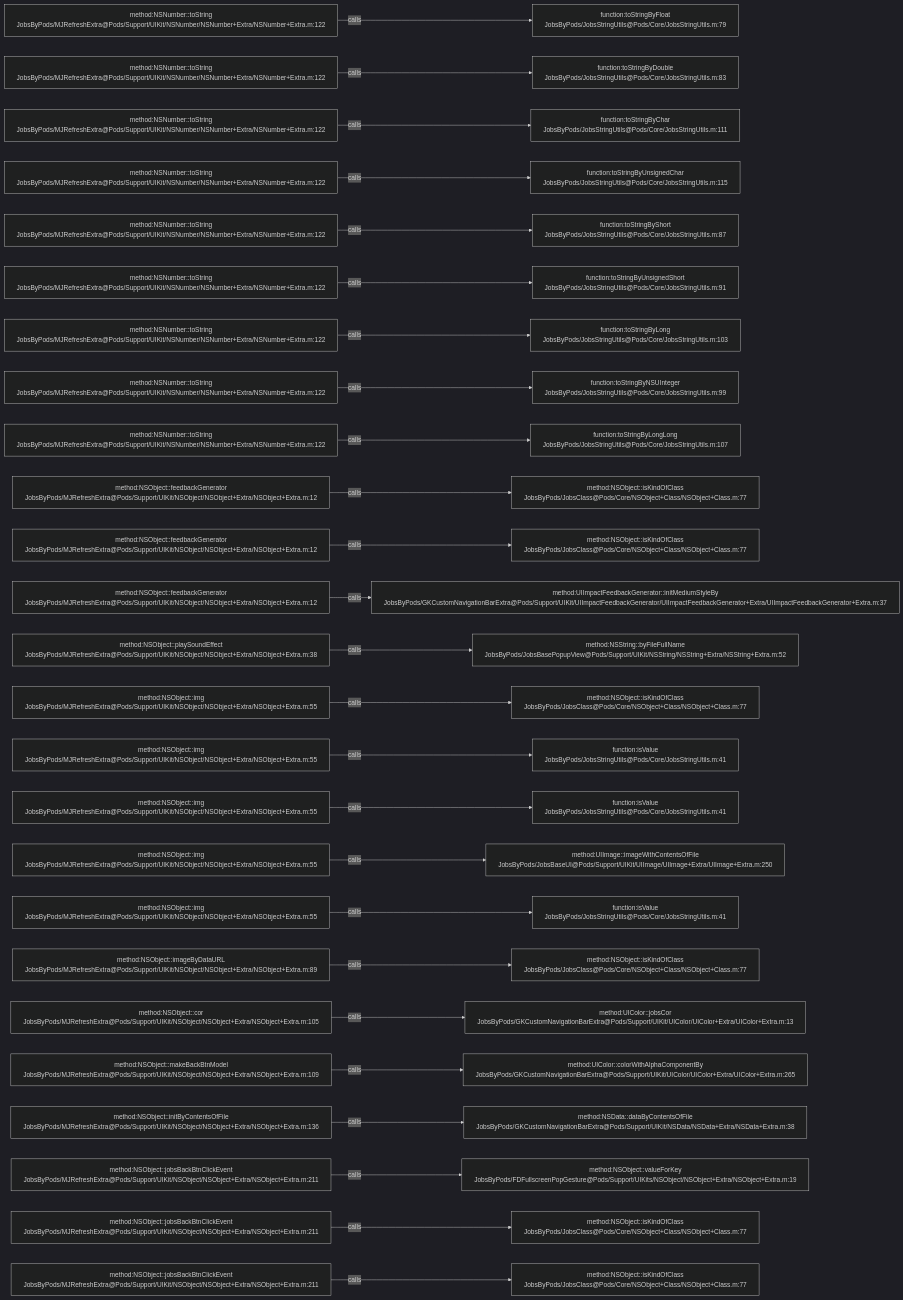
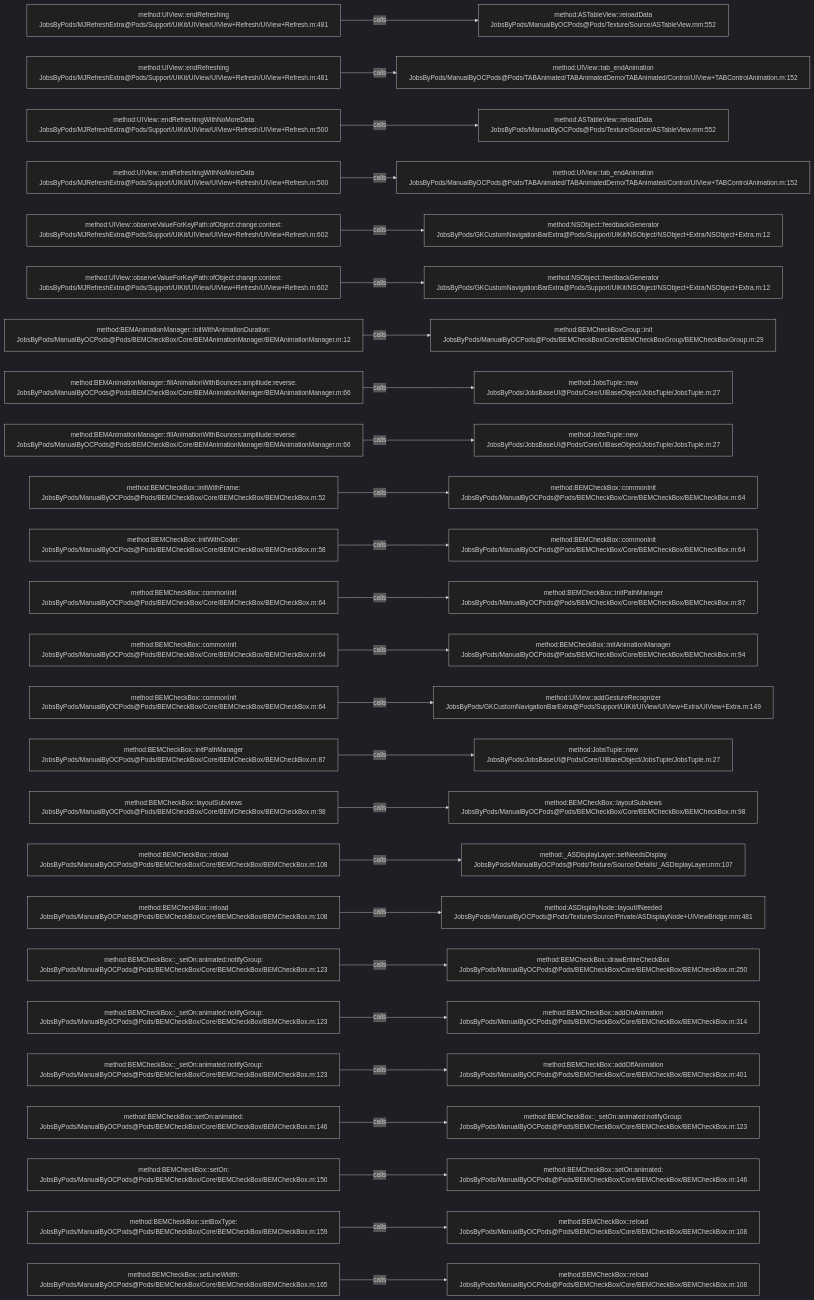
The diagram in .codegraph/codegraph.md/graphs/calls-176.md (JobsKits/JobsOCBaseConfigDemo), drawn with Mermaid (dark theme) before and after one commit. The commit also changed 639 other files, not shown here.

````diff
--- a/.codegraph/codegraph.md/graphs/calls-176.md
+++ b/.codegraph/codegraph.md/graphs/calls-176.md
@@ -13,78 +13,78 @@
 ```mermaid
 flowchart LR
-  S1["method:NSNumber::toString<br/>JobsByPods/MJRefreshExtra@Pods/Support/UIKit/NSNumber/NSNumber+Extra/NSNumber+Extra.m:122"]
-  T1["function:toStringByFloat<br/>JobsByPods/JobsStringUtils@Pods/Core/JobsStringUtils.m:79"]
+  S1["method:UIView::endRefreshing<br/>JobsByPods/MJRefreshExtra@Pods/Support/UIKit/UIView/UIView+Refresh/UIView+Refresh.m:481"]
+  T1["method:ASTableView::reloadData<br/>JobsByPods/ManualByOCPods@Pods/Texture/Source/ASTableView.mm:552"]
   S1 -->|calls| T1
-  S2["method:NSNumber::toString<br/>JobsByPods/MJRefreshExtra@Pods/Support/UIKit/NSNumber/NSNumber+Extra/NSNumber+Extra.m:122"]
-  T2["function:toStringByDouble<br/>JobsByPods/JobsStringUtils@Pods/Core/JobsStringUtils.m:83"]
+  S2["method:UIView::endRefreshing<br/>JobsByPods/MJRefreshExtra@Pods/Support/UIKit/UIView/UIView+Refresh/UIView+Refresh.m:481"]
+  T2["method:UIView::tab_endAnimation<br/>JobsByPods/ManualByOCPods@Pods/TABAnimated/TABAnimatedDemo/TABAnimated/Control/UIView+TABControlAnimation.m:152"]
   S2 -->|calls| T2
-  S3["method:NSNumber::toString<br/>JobsByPods/MJRefreshExtra@Pods/Support/UIKit/NSNumber/NSNumber+Extra/NSNumber+Extra.m:122"]
-  T3["function:toStringByChar<br/>JobsByPods/JobsStringUtils@Pods/Core/JobsStringUtils.m:111"]
+  S3["method:UIView::endRefreshingWithNoMoreData<br/>JobsByPods/MJRefreshExtra@Pods/Support/UIKit/UIView/UIView+Refresh/UIView+Refresh.m:500"]
+  T3["method:ASTableView::reloadData<br/>JobsByPods/ManualByOCPods@Pods/Texture/Source/ASTableView.mm:552"]
   S3 -->|calls| T3
-  S4["method:NSNumber::toString<br/>JobsByPods/MJRefreshExtra@Pods/Support/UIKit/NSNumber/NSNumber+Extra/NSNumber+Extra.m:122"]
-  T4["function:toStringByUnsignedChar<br/>JobsByPods/JobsStringUtils@Pods/Core/JobsStringUtils.m:115"]
+  S4["method:UIView::endRefreshingWithNoMoreData<br/>JobsByPods/MJRefreshExtra@Pods/Support/UIKit/UIView/UIView+Refresh/UIView+Refresh.m:500"]
+  T4["method:UIView::tab_endAnimation<br/>JobsByPods/ManualByOCPods@Pods/TABAnimated/TABAnimatedDemo/TABAnimated/Control/UIView+TABControlAnimation.m:152"]
   S4 -->|calls| T4
-  S5["method:NSNumber::toString<br/>JobsByPods/MJRefreshExtra@Pods/Support/UIKit/NSNumber/NSNumber+Extra/NSNumber+Extra.m:122"]
-  T5["function:toStringByShort<br/>JobsByPods/JobsStringUtils@Pods/Core/JobsStringUtils.m:87"]
+  S5["method:UIView::observeValueForKeyPath:ofObject:change:context:<br/>JobsByPods/MJRefreshExtra@Pods/Support/UIKit/UIView/UIView+Refresh/UIView+Refresh.m:602"]
+  T5["method:NSObject::feedbackGenerator<br/>JobsByPods/GKCustomNavigationBarExtra@Pods/Support/UIKit/NSObject/NSObject+Extra/NSObject+Extra.m:12"]
   S5 -->|calls| T5
-  S6["method:NSNumber::toString<br/>JobsByPods/MJRefreshExtra@Pods/Support/UIKit/NSNumber/NSNumber+Extra/NSNumber+Extra.m:122"]
-  T6["function:toStringByUnsignedShort<br/>JobsByPods/JobsStringUtils@Pods/Core/JobsStringUtils.m:91"]
+  S6["method:UIView::observeValueForKeyPath:ofObject:change:context:<br/>JobsByPods/MJRefreshExtra@Pods/Support/UIKit/UIView/UIView+Refresh/UIView+Refresh.m:602"]
+  T6["method:NSObject::feedbackGenerator<br/>JobsByPods/GKCustomNavigationBarExtra@Pods/Support/UIKit/NSObject/NSObject+Extra/NSObject+Extra.m:12"]
   S6 -->|calls| T6
-  S7["method:NSNumber::toString<br/>JobsByPods/MJRefreshExtra@Pods/Support/UIKit/NSNumber/NSNumber+Extra/NSNumber+Extra.m:122"]
-  T7["function:toStringByLong<br/>JobsByPods/JobsStringUtils@Pods/Core/JobsStringUtils.m:103"]
+  S7["method:BEMAnimationManager::initWithAnimationDuration:<br/>JobsByPods/ManualByOCPods@Pods/BEMCheckBox/Core/BEMAnimationManager/BEMAnimationManager.m:12"]
+  T7["method:BEMCheckBoxGroup::init<br/>JobsByPods/ManualByOCPods@Pods/BEMCheckBox/Core/BEMCheckBoxGroup/BEMCheckBoxGroup.m:29"]
   S7 -->|calls| T7
-  S8["method:NSNumber::toString<br/>JobsByPods/MJRefreshExtra@Pods/Support/UIKit/NSNumber/NSNumber+Extra/NSNumber+Extra.m:122"]
-  T8["function:toStringByNSUInteger<br/>JobsByPods/JobsStringUtils@Pods/Core/JobsStringUtils.m:99"]
+  S8["method:BEMAnimationManager::fillAnimationWithBounces:amplitude:reverse:<br/>JobsByPods/ManualByOCPods@Pods/BEMCheckBox/Core/BEMAnimationManager/BEMAnimationManager.m:66"]
+  T8["method:JobsTuple::new<br/>JobsByPods/JobsBaseUI@Pods/Core/UIBaseObject/JobsTuple/JobsTuple.m:27"]
   S8 -->|calls| T8
-  S9["method:NSNumber::toString<br/>JobsByPods/MJRefreshExtra@Pods/Support/UIKit/NSNumber/NSNumber+Extra/NSNumber+Extra.m:122"]
-  T9["function:toStringByLongLong<br/>JobsByPods/JobsStringUtils@Pods/Core/JobsStringUtils.m:107"]
+  S9["method:BEMAnimationManager::fillAnimationWithBounces:amplitude:reverse:<br/>JobsByPods/ManualByOCPods@Pods/BEMCheckBox/Core/BEMAnimationManager/BEMAnimationManager.m:66"]
+  T9["method:JobsTuple::new<br/>JobsByPods/JobsBaseUI@Pods/Core/UIBaseObject/JobsTuple/JobsTuple.m:27"]
   S9 -->|calls| T9
-  S10["method:NSObject::feedbackGenerator<br/>JobsByPods/MJRefreshExtra@Pods/Support/UIKit/NSObject/NSObject+Extra/NSObject+Extra.m:12"]
-  T10["method:NSObject::isKindOfClass<br/>JobsByPods/JobsClass@Pods/Core/NSObject+Class/NSObject+Class.m:77"]
+  S10["method:BEMCheckBox::initWithFrame:<br/>JobsByPods/ManualByOCPods@Pods/BEMCheckBox/Core/BEMCheckBox/BEMCheckBox.m:52"]
+  T10["method:BEMCheckBox::commonInit<br/>JobsByPods/ManualByOCPods@Pods/BEMCheckBox/Core/BEMCheckBox/BEMCheckBox.m:64"]
   S10 -->|calls| T10
-  S11["method:NSObject::feedbackGenerator<br/>JobsByPods/MJRefreshExtra@Pods/Support/UIKit/NSObject/NSObject+Extra/NSObject+Extra.m:12"]
-  T11["method:NSObject::isKindOfClass<br/>JobsByPods/JobsClass@Pods/Core/NSObject+Class/NSObject+Class.m:77"]
+  S11["method:BEMCheckBox::initWithCoder:<br/>JobsByPods/ManualByOCPods@Pods/BEMCheckBox/Core/BEMCheckBox/BEMCheckBox.m:58"]
+  T11["method:BEMCheckBox::commonInit<br/>JobsByPods/ManualByOCPods@Pods/BEMCheckBox/Core/BEMCheckBox/BEMCheckBox.m:64"]
   S11 -->|calls| T11
-  S12["method:NSObject::feedbackGenerator<br/>JobsByPods/MJRefreshExtra@Pods/Support/UIKit/NSObject/NSObject+Extra/NSObject+Extra.m:12"]
-  T12["method:UIImpactFeedbackGenerator::initMediumStyleBy<br/>JobsByPods/GKCustomNavigationBarExtra@Pods/Support/UIKit/UIImpactFeedbackGenerator/UIImpactFeedbackGenerator+Extra/UIImpactFeedbackGenerator+Extra.m:37"]
+  S12["method:BEMCheckBox::commonInit<br/>JobsByPods/ManualByOCPods@Pods/BEMCheckBox/Core/BEMCheckBox/BEMCheckBox.m:64"]
+  T12["method:BEMCheckBox::initPathManager<br/>JobsByPods/ManualByOCPods@Pods/BEMCheckBox/Core/BEMCheckBox/BEMCheckBox.m:87"]
   S12 -->|calls| T12
-  S13["method:NSObject::playSoundEffect<br/>JobsByPods/MJRefreshExtra@Pods/Support/UIKit/NSObject/NSObject+Extra/NSObject+Extra.m:38"]
-  T13["method:NSString::byFileFullName<br/>JobsByPods/JobsBasePopupView@Pods/Support/UIKit/NSString/NSString+Extra/NSString+Extra.m:52"]
+  S13["method:BEMCheckBox::commonInit<br/>JobsByPods/ManualByOCPods@Pods/BEMCheckBox/Core/BEMCheckBox/BEMCheckBox.m:64"]
+  T13["method:BEMCheckBox::initAnimationManager<br/>JobsByPods/ManualByOCPods@Pods/BEMCheckBox/Core/BEMCheckBox/BEMCheckBox.m:94"]
   S13 -->|calls| T13
-  S14["method:NSObject::img<br/>JobsByPods/MJRefreshExtra@Pods/Support/UIKit/NSObject/NSObject+Extra/NSObject+Extra.m:55"]
-  T14["method:NSObject::isKindOfClass<br/>JobsByPods/JobsClass@Pods/Core/NSObject+Class/NSObject+Class.m:77"]
+  S14["method:BEMCheckBox::commonInit<br/>JobsByPods/ManualByOCPods@Pods/BEMCheckBox/Core/BEMCheckBox/BEMCheckBox.m:64"]
+  T14["method:UIView::addGestureRecognizer<br/>JobsByPods/GKCustomNavigationBarExtra@Pods/Support/UIKit/UIView/UIView+Extra/UIView+Extra.m:149"]
   S14 -->|calls| T14
-  S15["method:NSObject::img<br/>JobsByPods/MJRefreshExtra@Pods/Support/UIKit/NSObject/NSObject+Extra/NSObject+Extra.m:55"]
-  T15["function:isValue<br/>JobsByPods/JobsStringUtils@Pods/Core/JobsStringUtils.m:41"]
+  S15["method:BEMCheckBox::initPathManager<br/>JobsByPods/ManualByOCPods@Pods/BEMCheckBox/Core/BEMCheckBox/BEMCheckBox.m:87"]
+  T15["method:JobsTuple::new<br/>JobsByPods/JobsBaseUI@Pods/Core/UIBaseObject/JobsTuple/JobsTuple.m:27"]
   S15 -->|calls| T15
-  S16["method:NSObject::img<br/>JobsByPods/MJRefreshExtra@Pods/Support/UIKit/NSObject/NSObject+Extra/NSObject+Extra.m:55"]
-  T16["function:isValue<br/>JobsByPods/JobsStringUtils@Pods/Core/JobsStringUtils.m:41"]
+  S16["method:BEMCheckBox::layoutSubviews<br/>JobsByPods/ManualByOCPods@Pods/BEMCheckBox/Core/BEMCheckBox/BEMCheckBox.m:98"]
+  T16["method:BEMCheckBox::layoutSubviews<br/>JobsByPods/ManualByOCPods@Pods/BEMCheckBox/Core/BEMCheckBox/BEMCheckBox.m:98"]
   S16 -->|calls| T16
-  S17["method:NSObject::img<br/>JobsByPods/MJRefreshExtra@Pods/Support/UIKit/NSObject/NSObject+Extra/NSObject+Extra.m:55"]
-  T17["method:UIImage::imageWithContentsOfFile<br/>JobsByPods/JobsBaseUI@Pods/Support/UIKit/UIImage/UIImage+Extra/UIImage+Extra.m:250"]
+  S17["method:BEMCheckBox::reload<br/>JobsByPods/ManualByOCPods@Pods/BEMCheckBox/Core/BEMCheckBox/BEMCheckBox.m:108"]
+  T17["method:_ASDisplayLayer::setNeedsDisplay<br/>JobsByPods/ManualByOCPods@Pods/Texture/Source/Details/_ASDisplayLayer.mm:107"]
   S17 -->|calls| T17
-  S18["method:NSObject::img<br/>JobsByPods/MJRefreshExtra@Pods/Support/UIKit/NSObject/NSObject+Extra/NSObject+Extra.m:55"]
-  T18["function:isValue<br/>JobsByPods/JobsStringUtils@Pods/Core/JobsStringUtils.m:41"]
+  S18["method:BEMCheckBox::reload<br/>JobsByPods/ManualByOCPods@Pods/BEMCheckBox/Core/BEMCheckBox/BEMCheckBox.m:108"]
+  T18["method:ASDisplayNode::layoutIfNeeded<br/>JobsByPods/ManualByOCPods@Pods/Texture/Source/Private/ASDisplayNode+UIViewBridge.mm:481"]
   S18 -->|calls| T18
-  S19["method:NSObject::imageByDataURL<br/>JobsByPods/MJRefreshExtra@Pods/Support/UIKit/NSObject/NSObject+Extra/NSObject+Extra.m:89"]
-  T19["method:NSObject::isKindOfClass<br/>JobsByPods/JobsClass@Pods/Core/NSObject+Class/NSObject+Class.m:77"]
+  S19["method:BEMCheckBox::_setOn:animated:notifyGroup:<br/>JobsByPods/ManualByOCPods@Pods/BEMCheckBox/Core/BEMCheckBox/BEMCheckBox.m:123"]
+  T19["method:BEMCheckBox::drawEntireCheckBox<br/>JobsByPods/ManualByOCPods@Pods/BEMCheckBox/Core/BEMCheckBox/BEMCheckBox.m:250"]
   S19 -->|calls| T19
-  S20["method:NSObject::cor<br/>JobsByPods/MJRefreshExtra@Pods/Support/UIKit/NSObject/NSObject+Extra/NSObject+Extra.m:105"]
-  T20["method:UIColor::jobsCor<br/>JobsByPods/GKCustomNavigationBarExtra@Pods/Support/UIKit/UIColor/UIColor+Extra/UIColor+Extra.m:13"]
+  S20["method:BEMCheckBox::_setOn:animated:notifyGroup:<br/>JobsByPods/ManualByOCPods@Pods/BEMCheckBox/Core/BEMCheckBox/BEMCheckBox.m:123"]
+  T20["method:BEMCheckBox::addOnAnimation<br/>JobsByPods/ManualByOCPods@Pods/BEMCheckBox/Core/BEMCheckBox/BEMCheckBox.m:314"]
   S20 -->|calls| T20
-  S21["method:NSObject::makeBackBtnModel<br/>JobsByPods/MJRefreshExtra@Pods/Support/UIKit/NSObject/NSObject+Extra/NSObject+Extra.m:109"]
-  T21["method:UIColor::colorWithAlphaComponentBy<br/>JobsByPods/GKCustomNavigationBarExtra@Pods/Support/UIKit/UIColor/UIColor+Extra/UIColor+Extra.m:265"]
+  S21["method:BEMCheckBox::_setOn:animated:notifyGroup:<br/>JobsByPods/ManualByOCPods@Pods/BEMCheckBox/Core/BEMCheckBox/BEMCheckBox.m:123"]
+  T21["method:BEMCheckBox::addOffAnimation<br/>JobsByPods/ManualByOCPods@Pods/BEMCheckBox/Core/BEMCheckBox/BEMCheckBox.m:401"]
   S21 -->|calls| T21
-  S22["method:NSObject::initByContentsOfFile<br/>JobsByPods/MJRefreshExtra@Pods/Support/UIKit/NSObject/NSObject+Extra/NSObject+Extra.m:136"]
-  T22["method:NSData::dataByContentsOfFile<br/>JobsByPods/GKCustomNavigationBarExtra@Pods/Support/UIKit/NSData/NSData+Extra/NSData+Extra.m:38"]
+  S22["method:BEMCheckBox::setOn:animated:<br/>JobsByPods/ManualByOCPods@Pods/BEMCheckBox/Core/BEMCheckBox/BEMCheckBox.m:146"]
+  T22["method:BEMCheckBox::_setOn:animated:notifyGroup:<br/>JobsByPods/ManualByOCPods@Pods/BEMCheckBox/Core/BEMCheckBox/BEMCheckBox.m:123"]
   S22 -->|calls| T22
-  S23["method:NSObject::jobsBackBtnClickEvent<br/>JobsByPods/MJRefreshExtra@Pods/Support/UIKit/NSObject/NSObject+Extra/NSObject+Extra.m:211"]
-  T23["method:NSObject::valueForKey<br/>JobsByPods/FDFullscreenPopGesture@Pods/Support/UIKits/NSObject/NSObject+Extra/NSObject+Extra.m:19"]
+  S23["method:BEMCheckBox::setOn:<br/>JobsByPods/ManualByOCPods@Pods/BEMCheckBox/Core/BEMCheckBox/BEMCheckBox.m:150"]
+  T23["method:BEMCheckBox::setOn:animated:<br/>JobsByPods/ManualByOCPods@Pods/BEMCheckBox/Core/BEMCheckBox/BEMCheckBox.m:146"]
   S23 -->|calls| T23
-  S24["method:NSObject::jobsBackBtnClickEvent<br/>JobsByPods/MJRefreshExtra@Pods/Support/UIKit/NSObject/NSObject+Extra/NSObject+Extra.m:211"]
-  T24["method:NSObject::isKindOfClass<br/>JobsByPods/JobsClass@Pods/Core/NSObject+Class/NSObject+Class.m:77"]
+  S24["method:BEMCheckBox::setBoxType:<br/>JobsByPods/ManualByOCPods@Pods/BEMCheckBox/Core/BEMCheckBox/BEMCheckBox.m:159"]
+  T24["method:BEMCheckBox::reload<br/>JobsByPods/ManualByOCPods@Pods/BEMCheckBox/Core/BEMCheckBox/BEMCheckBox.m:108"]
   S24 -->|calls| T24
-  S25["method:NSObject::jobsBackBtnClickEvent<br/>JobsByPods/MJRefreshExtra@Pods/Support/UIKit/NSObject/NSObject+Extra/NSObject+Extra.m:211"]
-  T25["method:NSObject::isKindOfClass<br/>JobsByPods/JobsClass@Pods/Core/NSObject+Class/NSObject+Class.m:77"]
+  S25["method:BEMCheckBox::setLineWidth:<br/>JobsByPods/ManualByOCPods@Pods/BEMCheckBox/Core/BEMCheckBox/BEMCheckBox.m:165"]
+  T25["method:BEMCheckBox::reload<br/>JobsByPods/ManualByOCPods@Pods/BEMCheckBox/Core/BEMCheckBox/BEMCheckBox.m:108"]
   S25 -->|calls| T25
 ```
````
